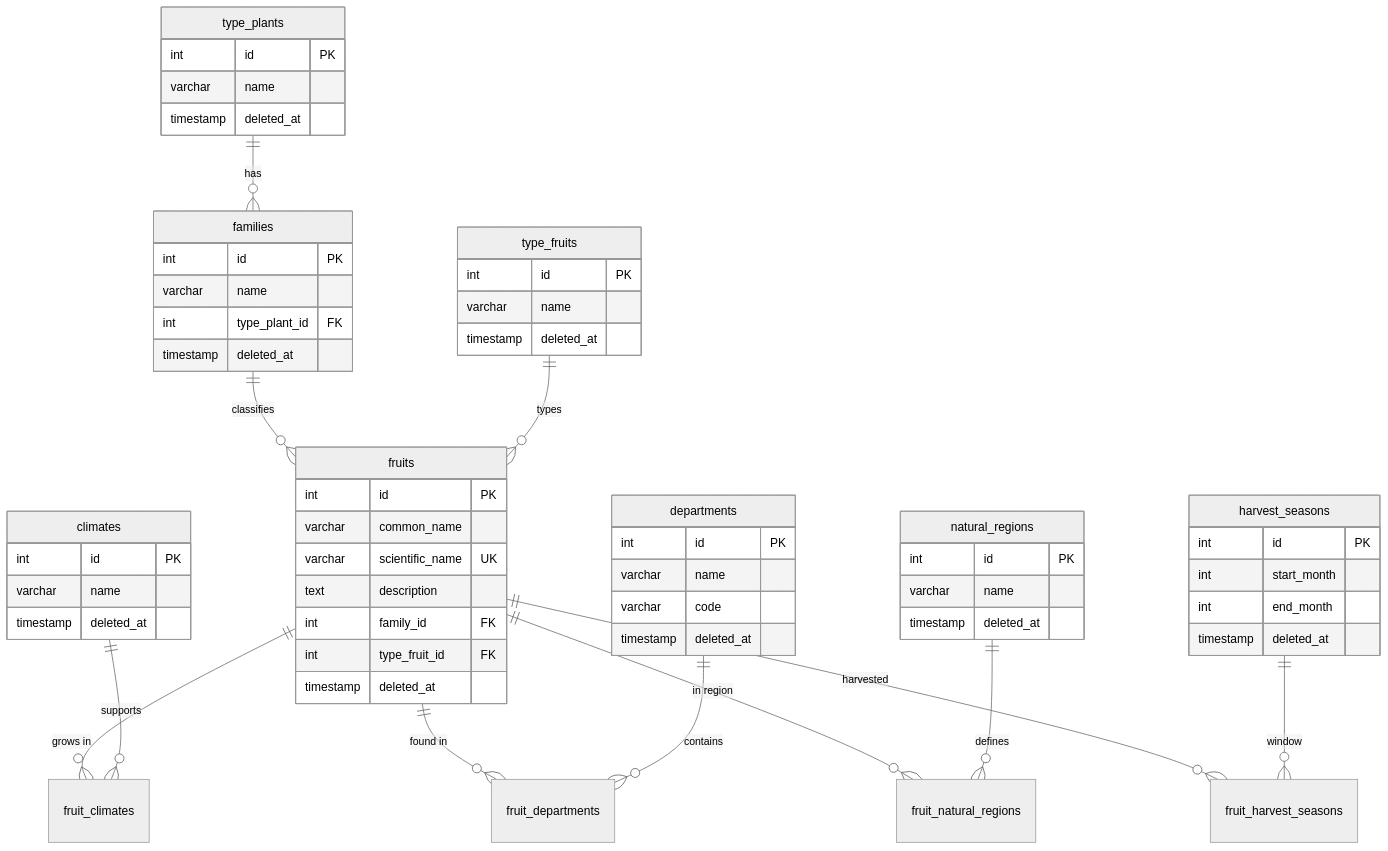
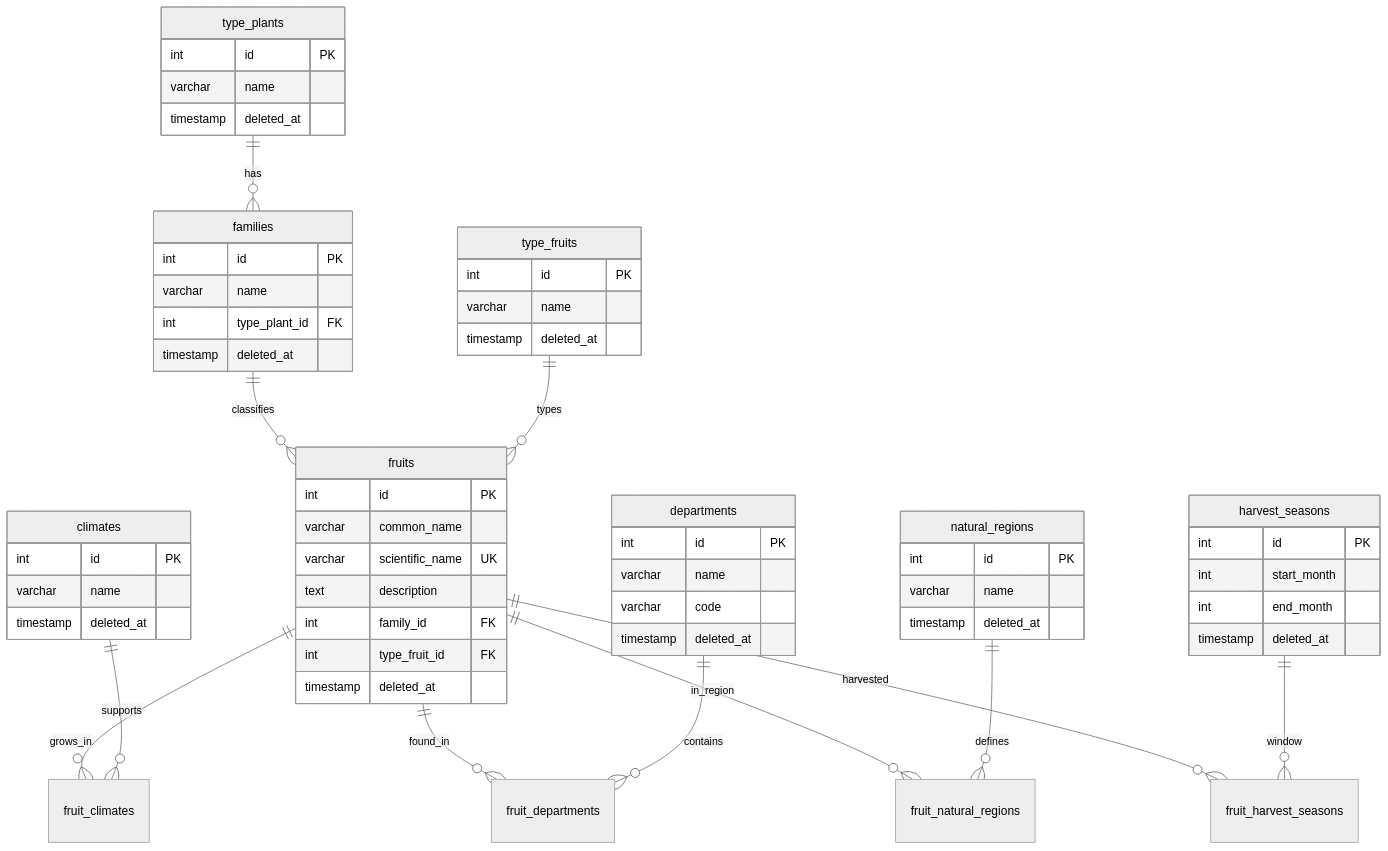
Before and after one commit to JeansCordoba/Colombian_fruits: the diagram in docs/architecture/diagrams/03-entity-relationship.md, drawn with Mermaid (neutral theme). The commit also changed other lines of this file and 22 other files, not shown here.

Commit message:
docs: fix wiki links, slim README, and align diagrams with standards

````diff
--- a/docs/architecture/diagrams/03-entity-relationship.md
+++ b/docs/architecture/diagrams/03-entity-relationship.md
@@ -5,69 +11,69 @@
 ```mermaid
 erDiagram
-    type_plants ||--o{ families : "has"
-    families ||--o{ fruits : "classifies"
-    type_fruits ||--o{ fruits : "types"
-    fruits ||--o{ fruit_climates : "grows in"
-    climates ||--o{ fruit_climates : "supports"
-    fruits ||--o{ fruit_departments : "found in"
-    departments ||--o{ fruit_departments : "contains"
-    fruits ||--o{ fruit_natural_regions : "in region"
-    natural_regions ||--o{ fruit_natural_regions : "defines"
-    fruits ||--o{ fruit_harvest_seasons : "harvested"
-    harvest_seasons ||--o{ fruit_harvest_seasons : "window"
+    type_plants ||--o{ families : has
+    families ||--o{ fruits : classifies
+    type_fruits ||--o{ fruits : types
+    fruits ||--o{ fruit_climates : grows_in
+    climates ||--o{ fruit_climates : supports
+    fruits ||--o{ fruit_departments : found_in
+    departments ||--o{ fruit_departments : contains
+    fruits ||--o{ fruit_natural_regions : in_region
+    natural_regions ||--o{ fruit_natural_regions : defines
+    fruits ||--o{ fruit_harvest_seasons : harvested
+    harvest_seasons ||--o{ fruit_harvest_seasons : window
 
     type_plants {
         int id PK
         varchar name
         timestamp deleted_at
     }
 
     families {
         int id PK
         varchar name
         int type_plant_id FK
         timestamp deleted_at
     }
 
     type_fruits {
         int id PK
         varchar name
         timestamp deleted_at
     }
 
     fruits {
         int id PK
         varchar common_name
         varchar scientific_name UK
         text description
         int family_id FK
         int type_fruit_id FK
         timestamp deleted_at
     }
 
     climates {
         int id PK
         varchar name
         timestamp deleted_at
     }
 
     departments {
         int id PK
         varchar name
         varchar code
         timestamp deleted_at
     }
 
     natural_regions {
         int id PK
         varchar name
         timestamp deleted_at
     }
 
     harvest_seasons {
         int id PK
         int start_month
         int end_month
         timestamp deleted_at
     }
 ```
````
